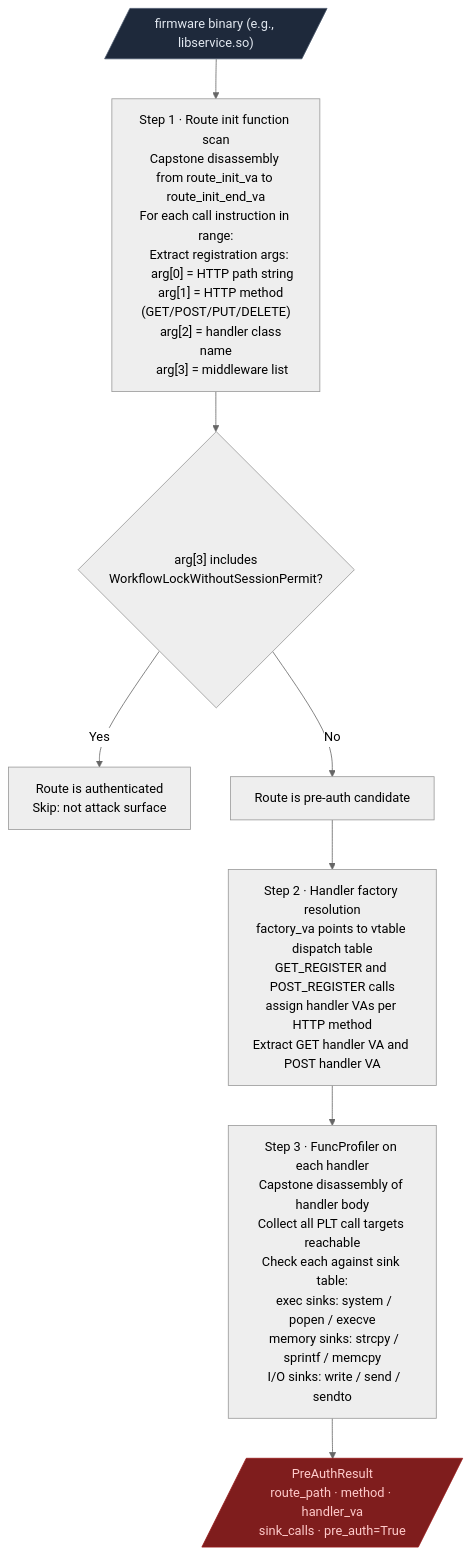
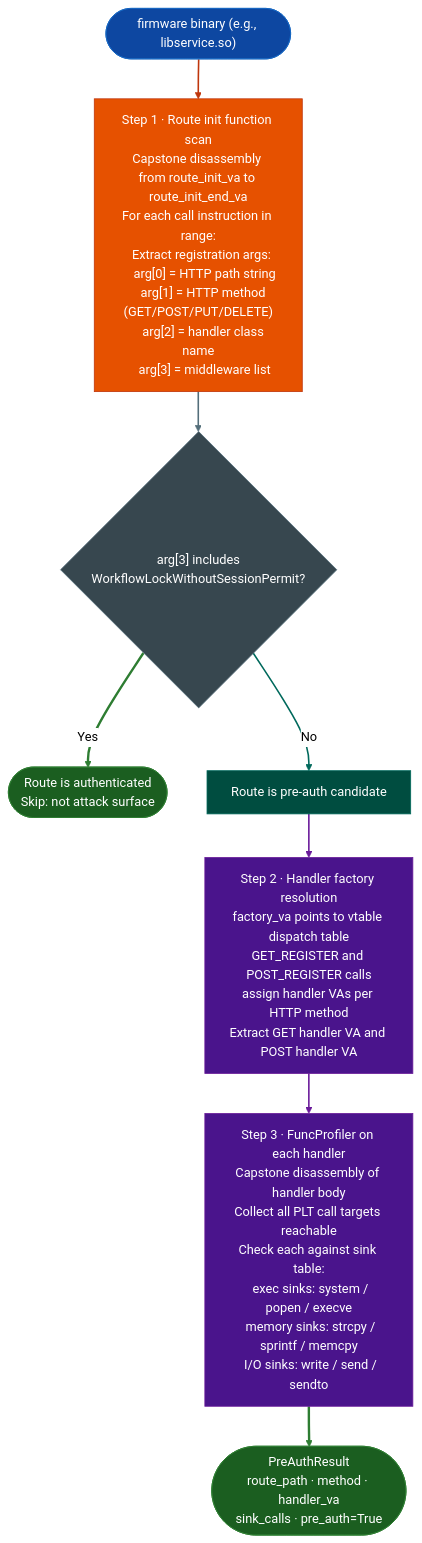
The first of 2 diagrams in docs/reference-modules/preauth-exposure.md (Ablation-Tool/ablation), drawn with Mermaid (neutral theme) before and after one commit. The commit also changed other lines of this file and 320 other files, not shown here.

First line of the commit message:
docs: apply canonical Mermaid template to all 321 diagrams

````diff
--- a/docs/reference-modules/preauth-exposure.md
+++ b/docs/reference-modules/preauth-exposure.md
@@ -22,17 +22,27 @@
 ```mermaid
 flowchart TD
-    A[/"firmware binary (e.g., libservice.so)"/] --> B["Step 1 · Route init function scan\nCapstone disassembly from route_init_va to route_init_end_va\nFor each call instruction in range:\n  Extract registration args:\n    arg[0] = HTTP path string\n    arg[1] = HTTP method (GET/POST/PUT/DELETE)\n    arg[2] = handler class name\n    arg[3] = middleware list"]
+    A(["firmware binary (e.g., libservice.so)"]):::input --> B["Step 1 · Route init function scan\nCapstone disassembly from route_init_va to route_init_end_va\nFor each call instruction in range:\n  Extract registration args:\n    arg[0] = HTTP path string\n    arg[1] = HTTP method (GET/POST/PUT/DELETE)\n    arg[2] = handler class name\n    arg[3] = middleware list"]:::primary
 
-    B --> C{"arg[3] includes\nWorkflowLockWithoutSessionPermit?"}
-    C -->|Yes| D["Route is authenticated\nSkip: not attack surface"]
-    C -->|No| E["Route is pre-auth candidate"]
+    B:::primary --> C{"arg[3] includes\nWorkflowLockWithoutSessionPermit?"}:::neutral
+    C:::neutral -->|Yes| D(["Route is authenticated\nSkip: not attack surface"]):::output
+    C:::neutral -->|No| E["Route is pre-auth candidate"]:::secondary
 
-    E --> F["Step 2 · Handler factory resolution\nfactory_va points to vtable dispatch table\nGET_REGISTER and POST_REGISTER calls\nassign handler VAs per HTTP method\nExtract GET handler VA and POST handler VA"]
+    E:::secondary --> F["Step 2 · Handler factory resolution\nfactory_va points to vtable dispatch table\nGET_REGISTER and POST_REGISTER calls\nassign handler VAs per HTTP method\nExtract GET handler VA and POST handler VA"]:::tertiary
 
-    F --> G["Step 3 · FuncProfiler on each handler\nCapstone disassembly of handler body\nCollect all PLT call targets reachable\nCheck each against sink table:\n  exec sinks: system / popen / execve\n  memory sinks: strcpy / sprintf / memcpy\n  I/O sinks: write / send / sendto"]
+    F:::tertiary --> G["Step 3 · FuncProfiler on each handler\nCapstone disassembly of handler body\nCollect all PLT call targets reachable\nCheck each against sink table:\n  exec sinks: system / popen / execve\n  memory sinks: strcpy / sprintf / memcpy\n  I/O sinks: write / send / sendto"]:::tertiary
 
-    G --> H[/"PreAuthResult\nroute_path · method · handler_va\nsink_calls · pre_auth=True"/]
-
-    style A fill:#1e293b,stroke:#475569,color:#e2e8f0
-    style H fill:#7f1d1d,stroke:#991b1b,color:#fecaca
+    G:::tertiary --> H(["PreAuthResult\nroute_path · method · handler_va\nsink_calls · pre_auth=True"]):::output
+    classDef input     fill:#0d47a1,stroke:#1565c0,color:#fff
+    classDef primary   fill:#e65100,stroke:#bf360c,color:#fff
+    classDef secondary fill:#004d40,stroke:#00695c,color:#fff
+    classDef tertiary  fill:#4a148c,stroke:#6a1b9a,color:#fff
+    classDef neutral   fill:#37474f,stroke:#546e7a,color:#fff
+    classDef output    fill:#1b5e20,stroke:#2e7d32,color:#fff
+    linkStyle 0 stroke:#bf360c,stroke-width:2px
+    linkStyle 1 stroke:#546e7a,stroke-width:2px
+    linkStyle 2 stroke:#2e7d32,stroke-width:3px
+    linkStyle 3 stroke:#00695c,stroke-width:2px
+    linkStyle 4 stroke:#6a1b9a,stroke-width:2px
+    linkStyle 5 stroke:#6a1b9a,stroke-width:2px
+    linkStyle 6 stroke:#2e7d32,stroke-width:3px
 ```
````
